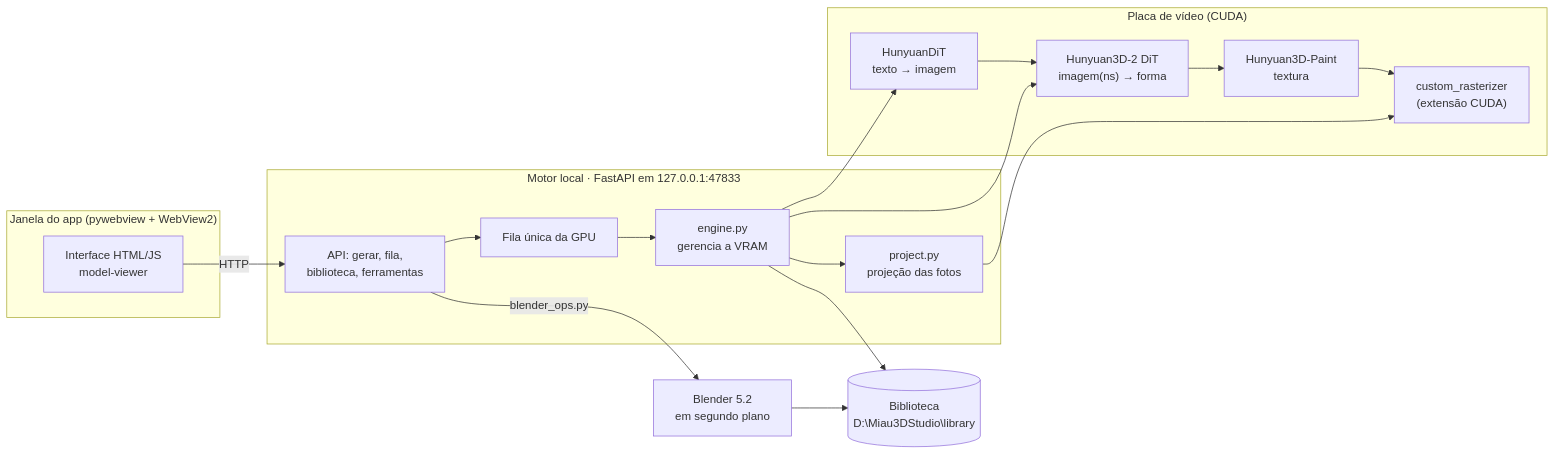
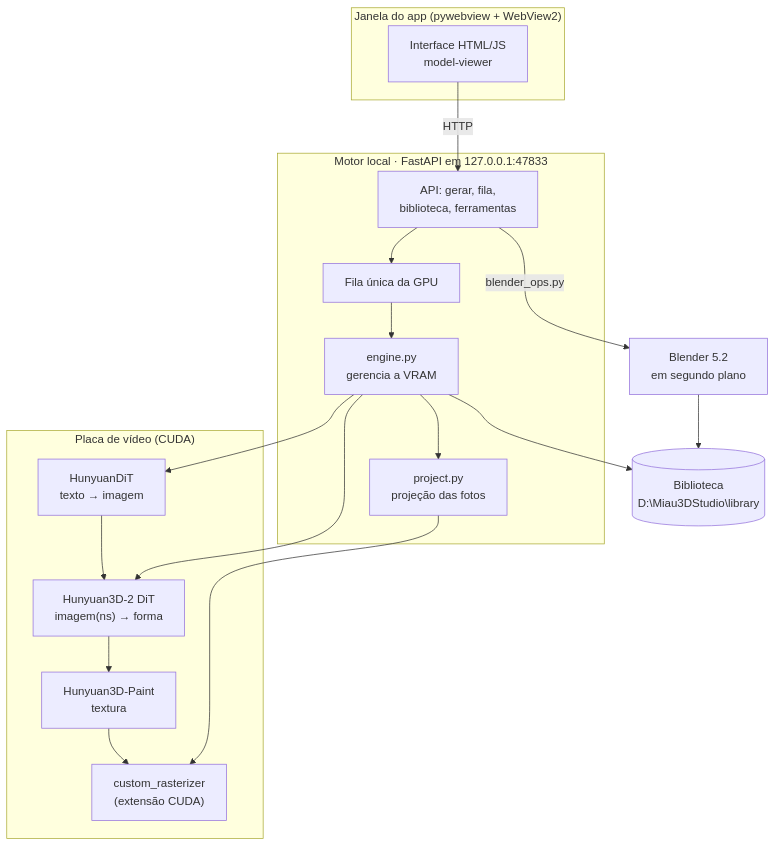
One commit to JuliaNazka/Miau3DStudio changed the diagram in README.md. Above: the diagram before and after it, drawn with Mermaid.

Commit message:
README: diagrama de arquitetura na vertical

````diff
--- a/README.md
+++ b/README.md
@@ -22,30 +22,30 @@
 ```mermaid
-flowchart LR
+flowchart TB
     subgraph Janela["Janela do app (pywebview + WebView2)"]
         UI["Interface HTML/JS<br/>model-viewer"]
     end
     subgraph Servidor["Motor local · FastAPI em 127.0.0.1:47833"]
         API["API: gerar, fila,<br/>biblioteca, ferramentas"]
         Fila["Fila única da GPU"]
         Engine["engine.py<br/>gerencia a VRAM"]
         Proj["project.py<br/>projeção das fotos"]
     end
     subgraph GPU["Placa de vídeo (CUDA)"]
         T2I["HunyuanDiT<br/>texto → imagem"]
         Shape["Hunyuan3D-2 DiT<br/>imagem(ns) → forma"]
         Paint["Hunyuan3D-Paint<br/>textura"]
         Rast["custom_rasterizer<br/>(extensão CUDA)"]
     end
     Blender["Blender 5.2<br/>em segundo plano"]
     Lib[("Biblioteca<br/>D:\Miau3DStudio\library")]
 
     UI -- HTTP --> API
     API --> Fila --> Engine
     Engine --> T2I --> Shape
     Engine --> Shape --> Paint
     Paint --> Rast
     Engine --> Proj --> Rast
     API -- "blender_ops.py" --> Blender
     Engine --> Lib
     Blender --> Lib
 ```
````
